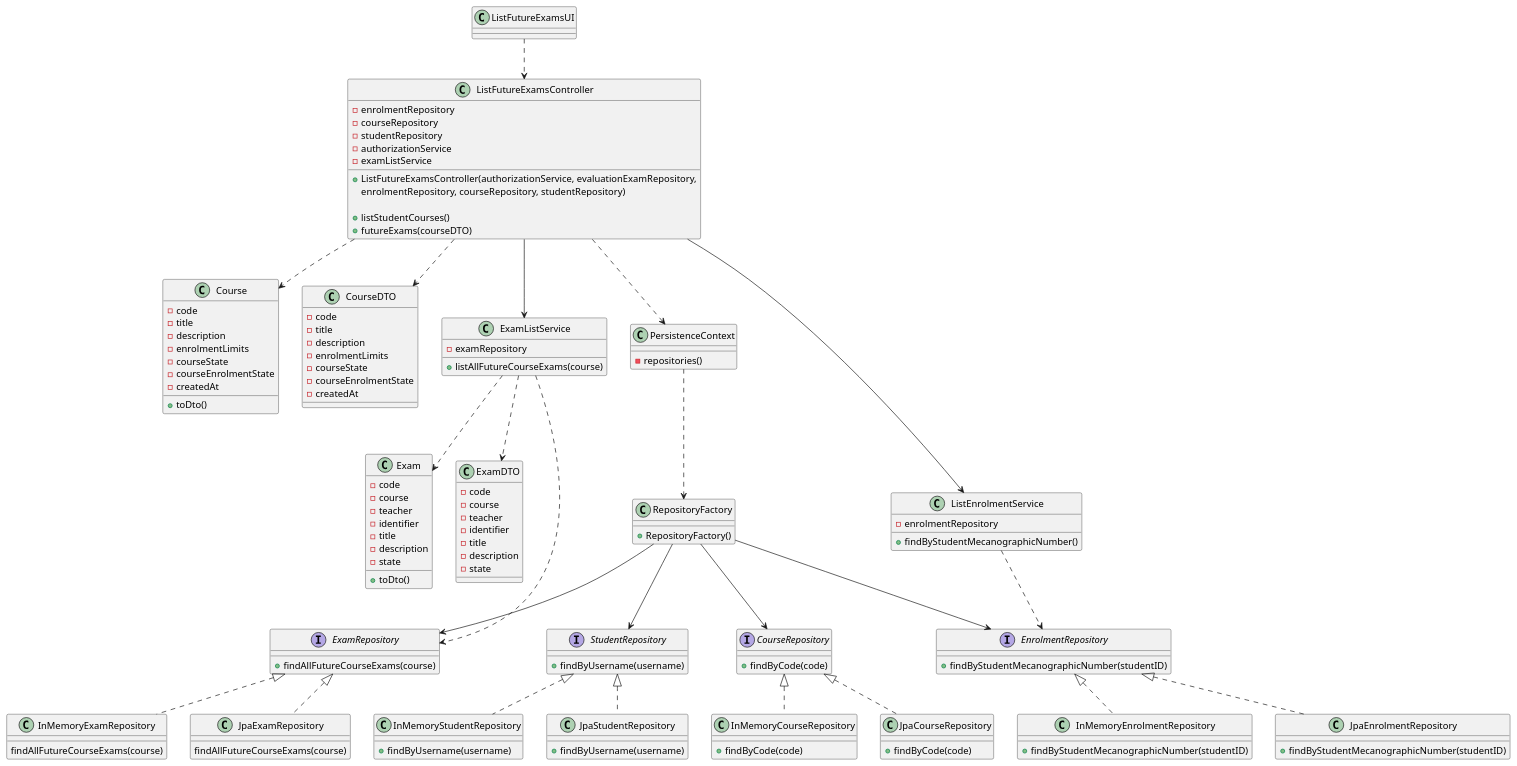
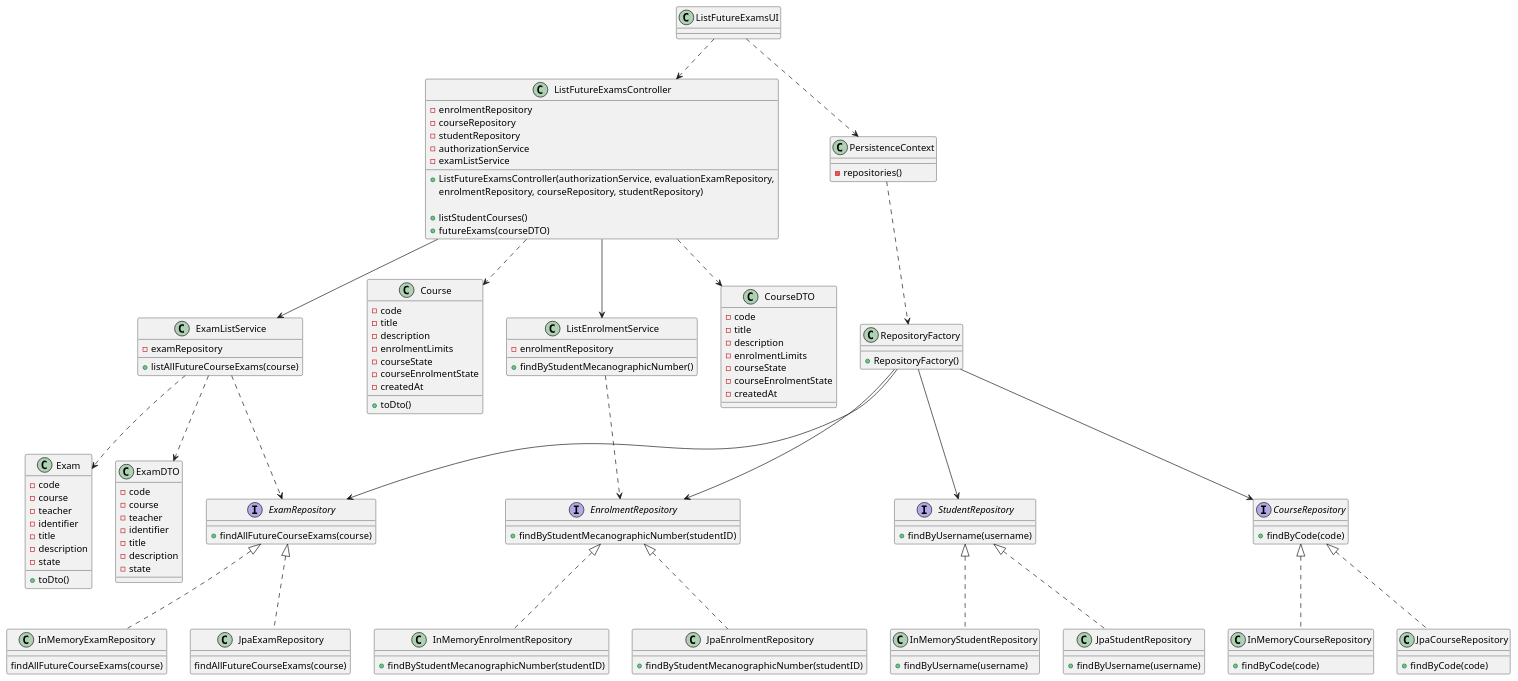
The diagram in docs/sprint-b/us22-2002/US2002_CD.puml (miseEnPlace-dev/lapr4), drawn with PlantUML before and after one commit. The commit also changed 3 other files, not shown here.

```diff
--- a/docs/sprint-b/us22-2002/US2002_CD.puml
+++ b/docs/sprint-b/us22-2002/US2002_CD.puml
@@ -1,166 +1,166 @@
 @startuml US2002_CD
 
 class ListFutureExamsUI {
 
 }
 
 class ListFutureExamsController {
 - enrolmentRepository
 - courseRepository
 - studentRepository
 - authorizationService
 - examListService
 + ListFutureExamsController(authorizationService, evaluationExamRepository,
  enrolmentRepository, courseRepository, studentRepository)
 
 + listStudentCourses()
 + futureExams(courseDTO)
 }
 
 interface StudentRepository {
 + findByUsername(username)
 }
 
 class InMemoryStudentRepository {
 + findByUsername(username)
 }
 
 class JpaStudentRepository {
 + findByUsername(username)
 }
 
 class Course {
   - code
   - title
   - description
   - enrolmentLimits
   - courseState
   - courseEnrolmentState
   - createdAt
   + toDto()
 }
 
 class CourseDTO {
   - code
   - title
   - description
   - enrolmentLimits
   - courseState
   - courseEnrolmentState
   - createdAt
 }
 
 interface CourseRepository {
   + findByCode(code)
 }
 
 class InMemoryCourseRepository {
   + findByCode(code)
 }
 
 class JpaCourseRepository {
   + findByCode(code)
 }
 
 
 class Exam {
 - code
 - course
 - teacher
 - identifier
 - title
 - description
 - state
 + toDto()
 }
 
 class ExamDTO {
 - code
 - course
 - teacher
 - identifier
 - title
 - description
 - state
 }
 
 class ExamListService {
 - examRepository
 + listAllFutureCourseExams(course)
 }
 
 class ListEnrolmentService {
 - enrolmentRepository
 + findByStudentMecanographicNumber()
 }
 
 interface ExamRepository {
 + findAllFutureCourseExams(course)
 }
 
 
 class InMemoryExamRepository {
 findAllFutureCourseExams(course)
 }
 
 class JpaExamRepository {
 findAllFutureCourseExams(course)
 }
 
 
 class RepositoryFactory {
   + RepositoryFactory()
 }
 
 
 class PersistenceContext {
   - repositories()
 }
 
 
 interface EnrolmentRepository {
 + findByStudentMecanographicNumber(studentID)
 }
 
 class InMemoryEnrolmentRepository {
 + findByStudentMecanographicNumber(studentID)
 }
 
 class JpaEnrolmentRepository {
 + findByStudentMecanographicNumber(studentID)
 }
 
 
 
 PersistenceContext ..> RepositoryFactory
 
 RepositoryFactory --> CourseRepository
 RepositoryFactory --> ExamRepository
 RepositoryFactory --> StudentRepository
 RepositoryFactory --> EnrolmentRepository
 
 CourseRepository <|.. InMemoryCourseRepository
 CourseRepository <|.. JpaCourseRepository
 ExamRepository <|.. InMemoryExamRepository
 ExamRepository <|.. JpaExamRepository
 StudentRepository <|.. InMemoryStudentRepository
 StudentRepository <|.. JpaStudentRepository
 EnrolmentRepository <|.. InMemoryEnrolmentRepository
 EnrolmentRepository <|.. JpaEnrolmentRepository
 
 ListFutureExamsController --> ListEnrolmentService
 ListFutureExamsController --> ExamListService
 ListFutureExamsController ..> Course
 ListFutureExamsController ..> CourseDTO
-ListFutureExamsController ..> PersistenceContext
 
+ListFutureExamsUI ..> PersistenceContext
 ListFutureExamsUI ..> ListFutureExamsController
 
 ListEnrolmentService ..> EnrolmentRepository
 
 ExamListService ..> Exam
 ExamListService ..> ExamDTO
 ExamListService ..> ExamRepository
 
 
 @enduml
```
